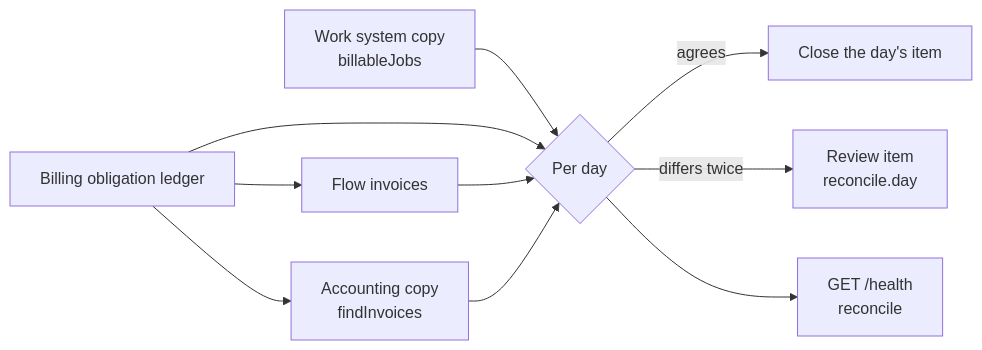
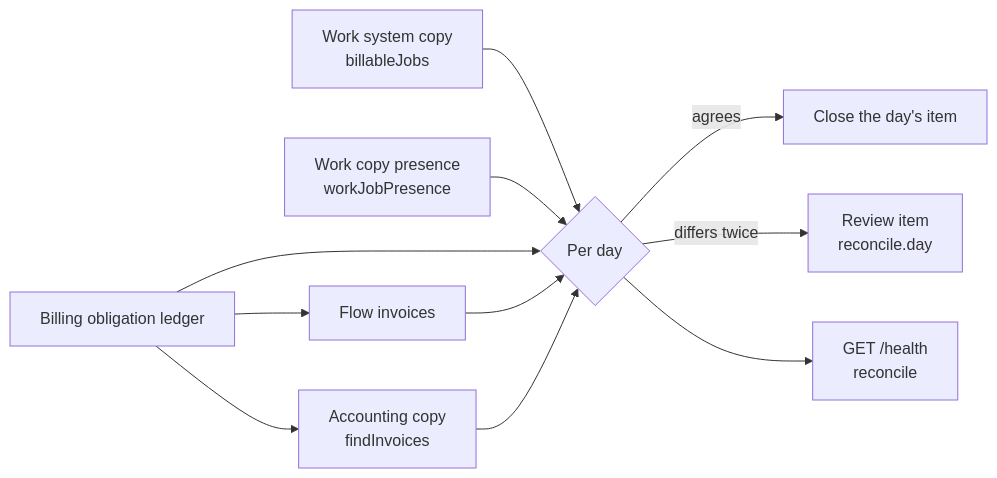
Before and after one commit to arcforgelabs/docs: the diagram in docs/flow/RECONCILE.md, drawn with Mermaid. The commit also changed other lines of this file and 2 other files, not shown here.

Commit message:
chore(sync): mirror docs from arcforgelabs/flow@8ef62f1265e28d2c3bf2b501b4060820e4ede3c0

````diff
--- a/docs/flow/RECONCILE.md
+++ b/docs/flow/RECONCILE.md
@@ -10,12 +10,13 @@
 ```mermaid
 flowchart LR
   copy[Work system copy<br/>billableJobs] --> compare{Per day}
+  presence[Work copy presence<br/>workJobPresence] --> compare
   ledger[Billing obligation ledger] --> compare
   ledger --> invoices[Flow invoices]
   ledger --> acc[Accounting copy<br/>findInvoices]
   invoices --> compare
   acc --> compare
   compare -- agrees --> close[Close the day's item]
   compare -- differs twice --> review[Review item<br/>reconcile.day]
   compare --> health[GET /health<br/>reconcile]
 ```
````
